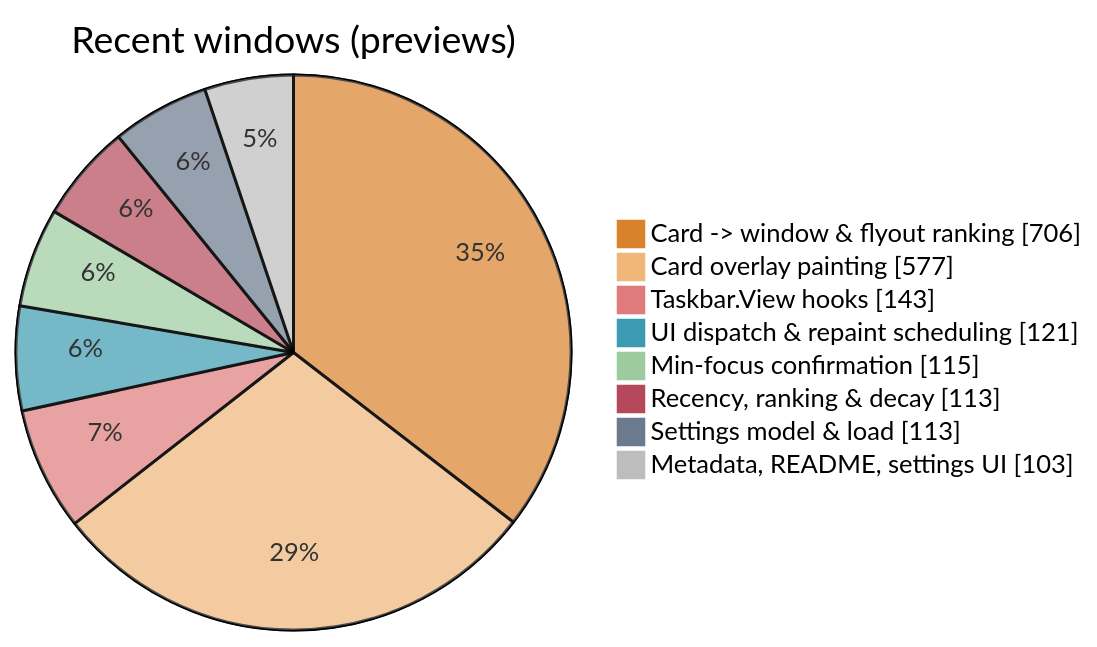
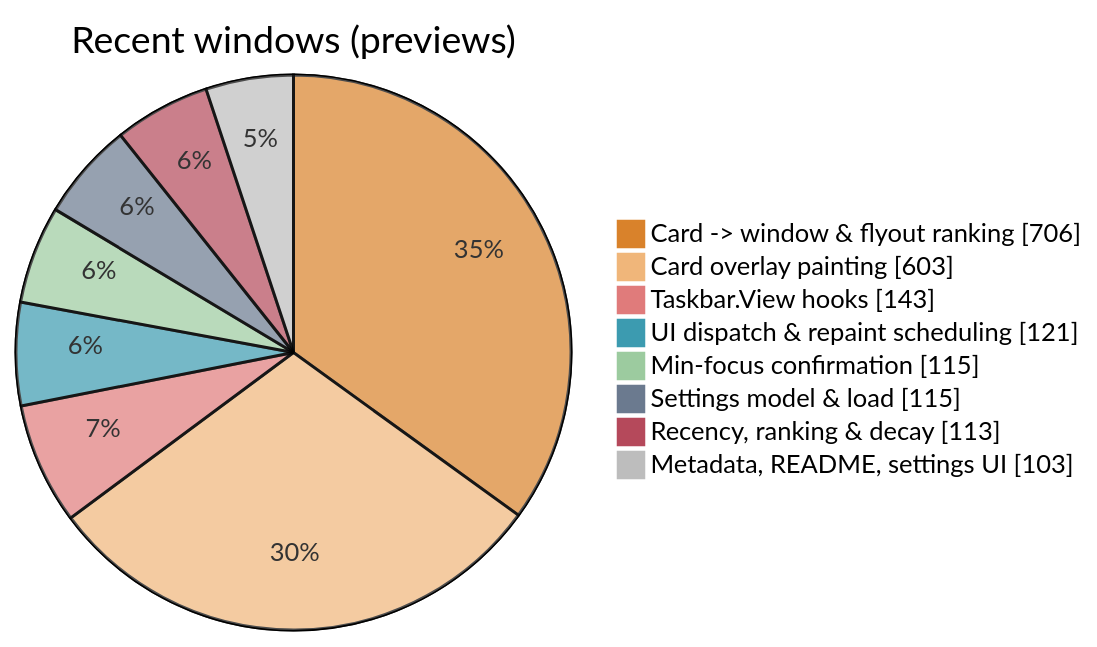
Before and after one commit to jvlasek/taskbar-recent-focus-highlight: the fifth of 5 diagrams in doc/code/code-breakdown.md, drawn with Mermaid. The commit also changed other lines of this file and 10 other files, not shown here.

````diff
--- a/doc/code/code-breakdown.md
+++ b/doc/code/code-breakdown.md
@@ -153,12 +153,12 @@
 ```mermaid
-%%{init: {"themeVariables": {"pie1": "#D9822B", "pie2": "#F0B67A", "pie3": "#E07B7B", "pie4": "#3C9BB0", "pie5": "#9CCB9F", "pie6": "#B5495B", "pie7": "#6B7A8F", "pie8": "#BDBDBD", "pieOuterStrokeWidth": "1px"}}}%%
+%%{init: {"themeVariables": {"pie1": "#D9822B", "pie2": "#F0B67A", "pie3": "#E07B7B", "pie4": "#3C9BB0", "pie5": "#9CCB9F", "pie6": "#6B7A8F", "pie7": "#B5495B", "pie8": "#BDBDBD", "pieOuterStrokeWidth": "1px"}}}%%
 pie showData title Recent windows (previews)
     "Card -> window & flyout ranking" : 706
-    "Card overlay painting" : 577
+    "Card overlay painting" : 603
     "Taskbar.View hooks" : 143
     "UI dispatch & repaint scheduling" : 121
     "Min-focus confirmation" : 115
+    "Settings model & load" : 115
     "Recency, ranking & decay" : 113
-    "Settings model & load" : 113
     "Metadata, README, settings UI" : 103
 ```
````
